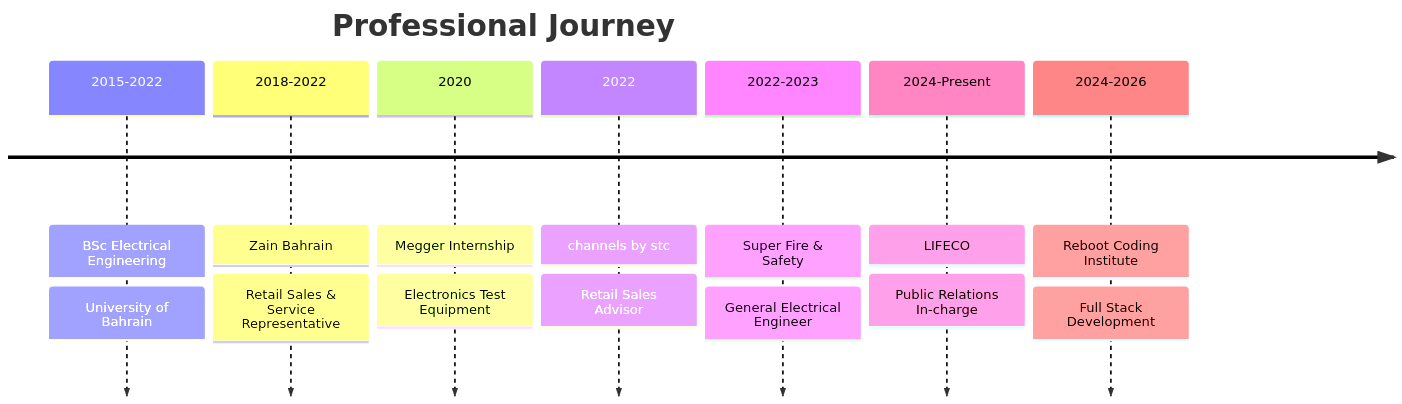
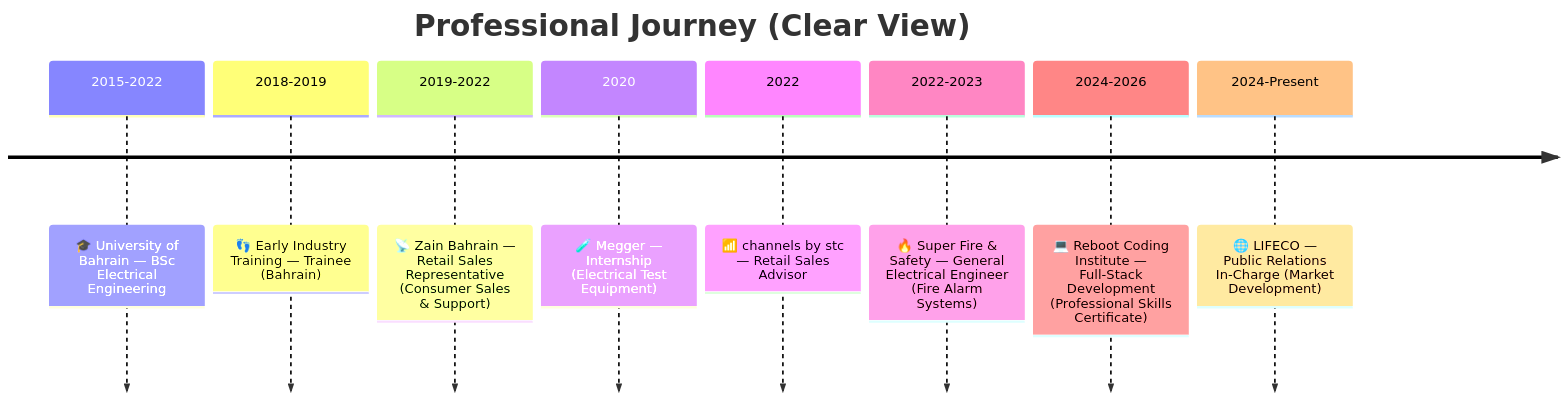
The diagram in README.md (sahmedhusain/sahmedhusain), drawn with Mermaid before and after one commit. The commit also changed other lines of this file, not shown here.

Commit message:
test readme

````diff
--- a/README.md
+++ b/README.md
@@ -135,18 +278,12 @@
 ```mermaid
 timeline
-    title Professional Journey
-    2015-2022 : BSc Electrical Engineering
-                : University of Bahrain
-    2018-2022 : Zain Bahrain
-                : Retail Sales & Service Representative
-    2020      : Megger Internship
-                : Electronics Test Equipment
-    2022      : channels by stc
-                : Retail Sales Advisor
-    2022-2023 : Super Fire & Safety
-                : General Electrical Engineer
-    2024-Present : LIFECO
-                   : Public Relations In-charge
-    2024-2026 : Reboot Coding Institute
-                : Full Stack Development
+    title Professional Journey (Clear View)
+    2015-2022 : 🎓 University of Bahrain — BSc Electrical Engineering
+    2018-2019 : 👣 Early Industry Training — Trainee (Bahrain)
+    2019-2022 : 📡 Zain Bahrain — Retail Sales Representative (Consumer Sales & Support)
+    2020      : 🧪 Megger — Internship (Electrical Test Equipment)
+    2022      : 📶 channels by stc — Retail Sales Advisor
+    2022-2023 : 🔥 Super Fire & Safety — General Electrical Engineer (Fire Alarm Systems)
+    2024-2026 : 💻 Reboot Coding Institute — Full‑Stack Development (Professional Skills Certificate)
+    2024-Present : 🌐 LIFECO — Public Relations In‑Charge (Market Development)
 ```
````
